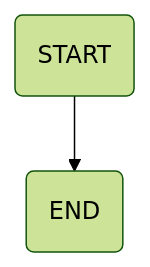
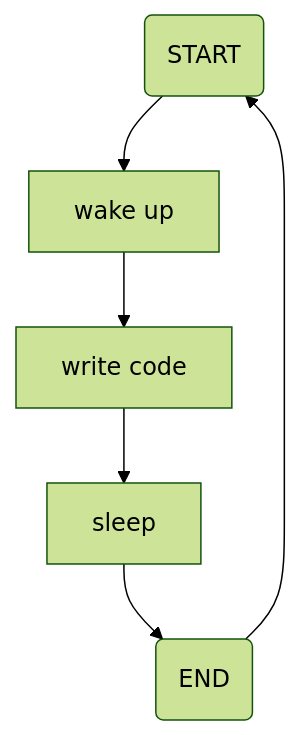
Before and after one commit to xMo-101/MoeezAw: the diagram in README.md, drawn with Mermaid (forest theme). The commit also changed other lines of this file, not shown here.

````diff
--- a/README.md
+++ b/README.md
@@ -5,8 +6,12 @@
 ```mermaid
   flowchart TD
     A(START)
+
+    B[wake up]
+    C[write code]
+    D[sleep]
     
     Z(END)
 
-    A --> Z
+    A --> B --> C --> D --> Z --> A
 ```
````
